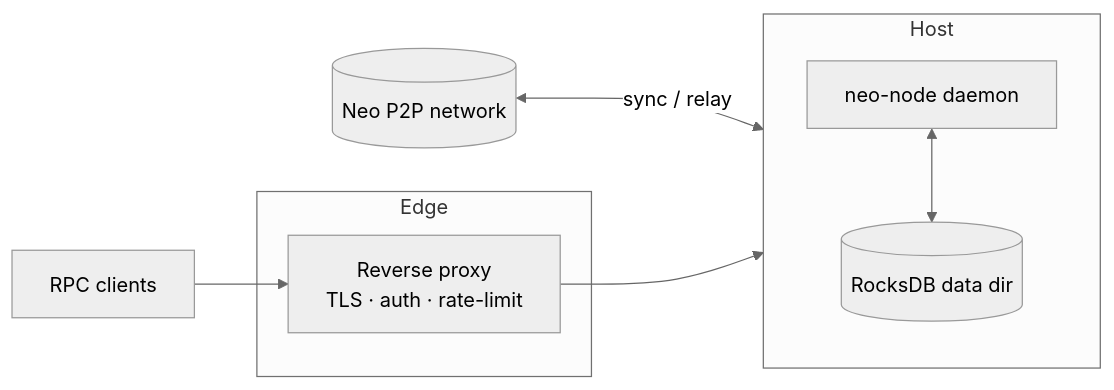
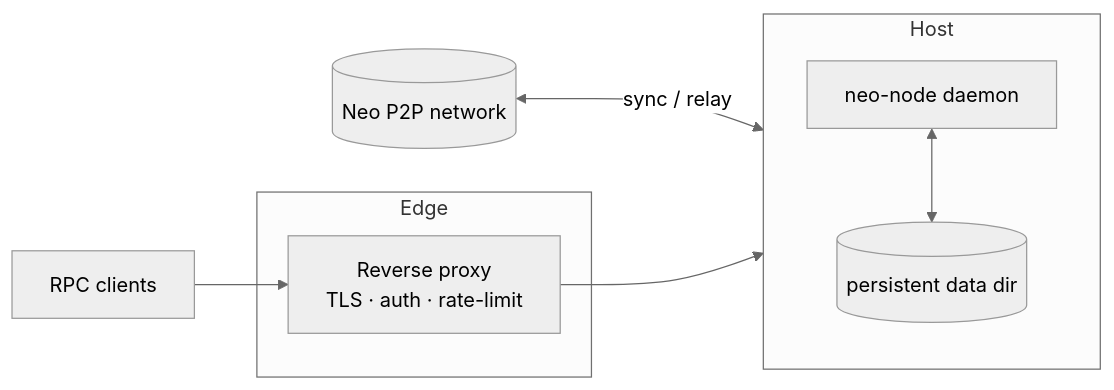
The first of 3 diagrams in docs/operations.md (r3e-network/neo-rs), drawn with Mermaid (neutral theme) before and after one commit. The commit also changed other lines of this file and 50 other files, not shown here.

````diff
--- a/docs/operations.md
+++ b/docs/operations.md
@@ -11,14 +11,14 @@
 ```mermaid
 flowchart LR
   subgraph Host
     direction TB
     N[neo-node daemon]
-    DB[(RocksDB data dir)]
+    DB[(persistent data dir)]
     N <--> DB
   end
   P2P[(Neo P2P network)] <-->|sync / relay| N
   subgraph Edge
     RP[Reverse proxy<br/>TLS · auth · rate-limit]
   end
   Client[RPC clients] --> RP --> N
 ```
````
